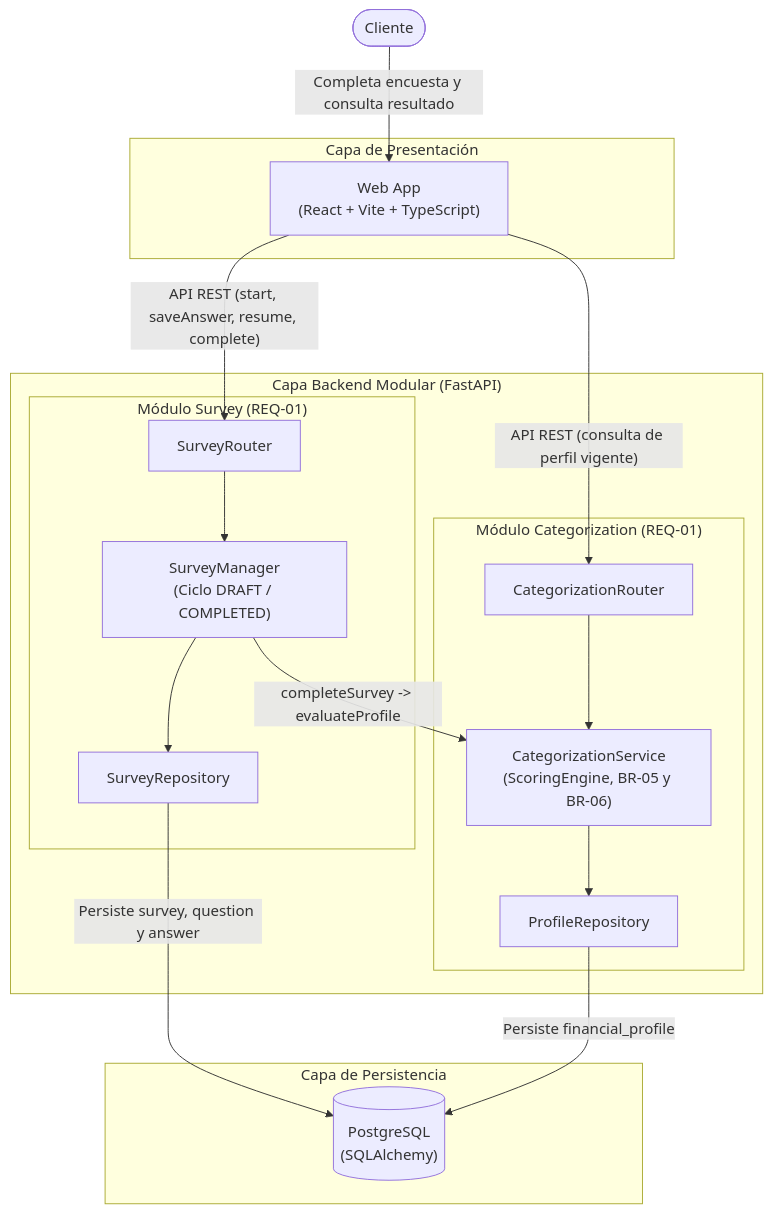
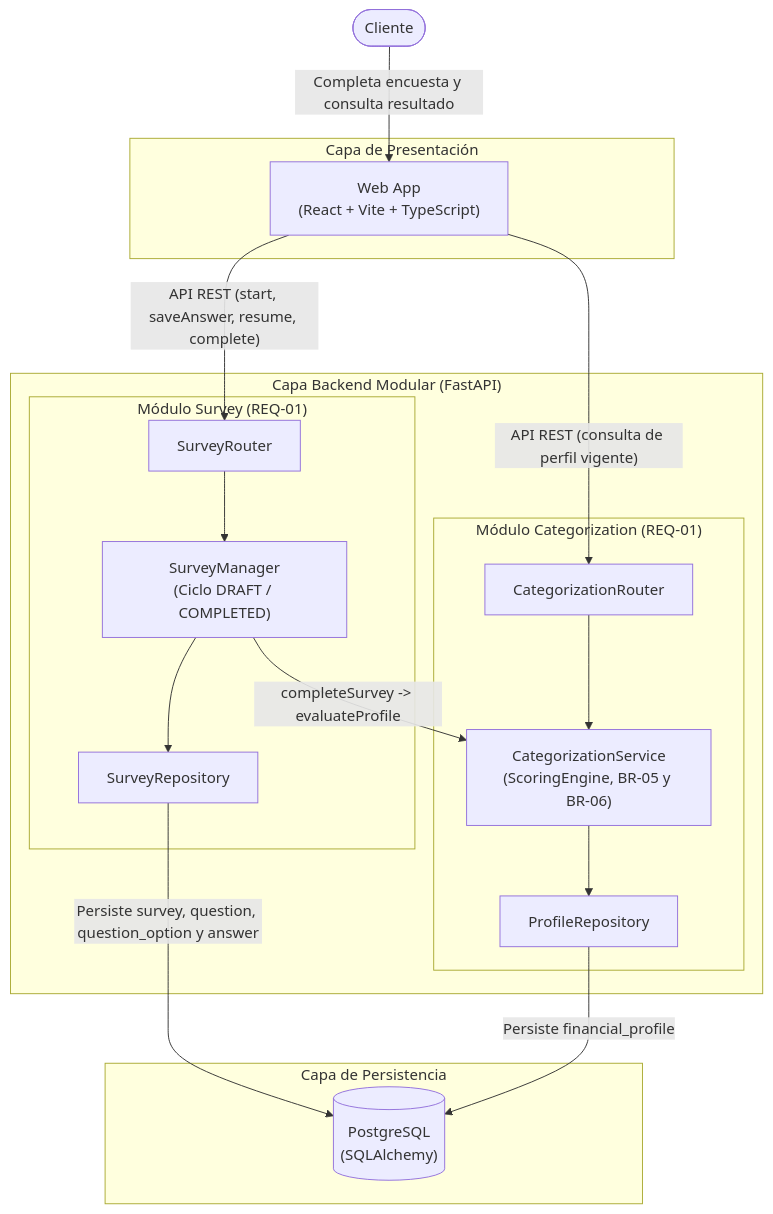
One commit to juacortesva/Grupo-5-Finanzas-Ingesoft_I_UN_2026-II changed the first of 3 diagrams in docs/design/01_Architectural_and_Detailed_Design.md. Above: the diagram before and after it, drawn with Mermaid. The commit also changed other lines of this file and 35 other files, not shown here.

````diff
--- a/docs/design/01_Architectural_and_Detailed_Design.md
+++ b/docs/design/01_Architectural_and_Detailed_Design.md
@@ -40,35 +40,35 @@
 ```mermaid
 flowchart TD
     Cliente([Cliente])
 
     subgraph Frontend ["Capa de Presentación"]
         WebApp["Web App<br/>(React + Vite + TypeScript)"]
     end
 
     subgraph Backend ["Capa Backend Modular (FastAPI)"]
         subgraph ModSurvey ["Módulo Survey (REQ-01)"]
             SR["SurveyRouter"]
             SS["SurveyManager<br/>(Ciclo DRAFT / COMPLETED)"]
             SRR["SurveyRepository"]
             SR --> SS --> SRR
         end
 
         subgraph ModCat ["Módulo Categorization (REQ-01)"]
             CR["CategorizationRouter"]
             CS["CategorizationService<br/>(ScoringEngine, BR-05 y BR-06)"]
             PR["ProfileRepository"]
             CR --> CS --> PR
         end
         SS -->|"completeSurvey -> evaluateProfile"| CS
     end
 
     subgraph Data ["Capa de Persistencia"]
         DB[("PostgreSQL<br/>(SQLAlchemy)")]
     end
 
     Cliente -->|"Completa encuesta y consulta resultado"| WebApp
     WebApp -->|"API REST (start, saveAnswer, resume, complete)"| SR
     WebApp -->|"API REST (consulta de perfil vigente)"| CR
-    SRR -->|"Persiste survey, question y answer"| DB
+    SRR -->|"Persiste survey, question, question_option y answer"| DB
     PR -->|"Persiste financial_profile"| DB
 ```
````
